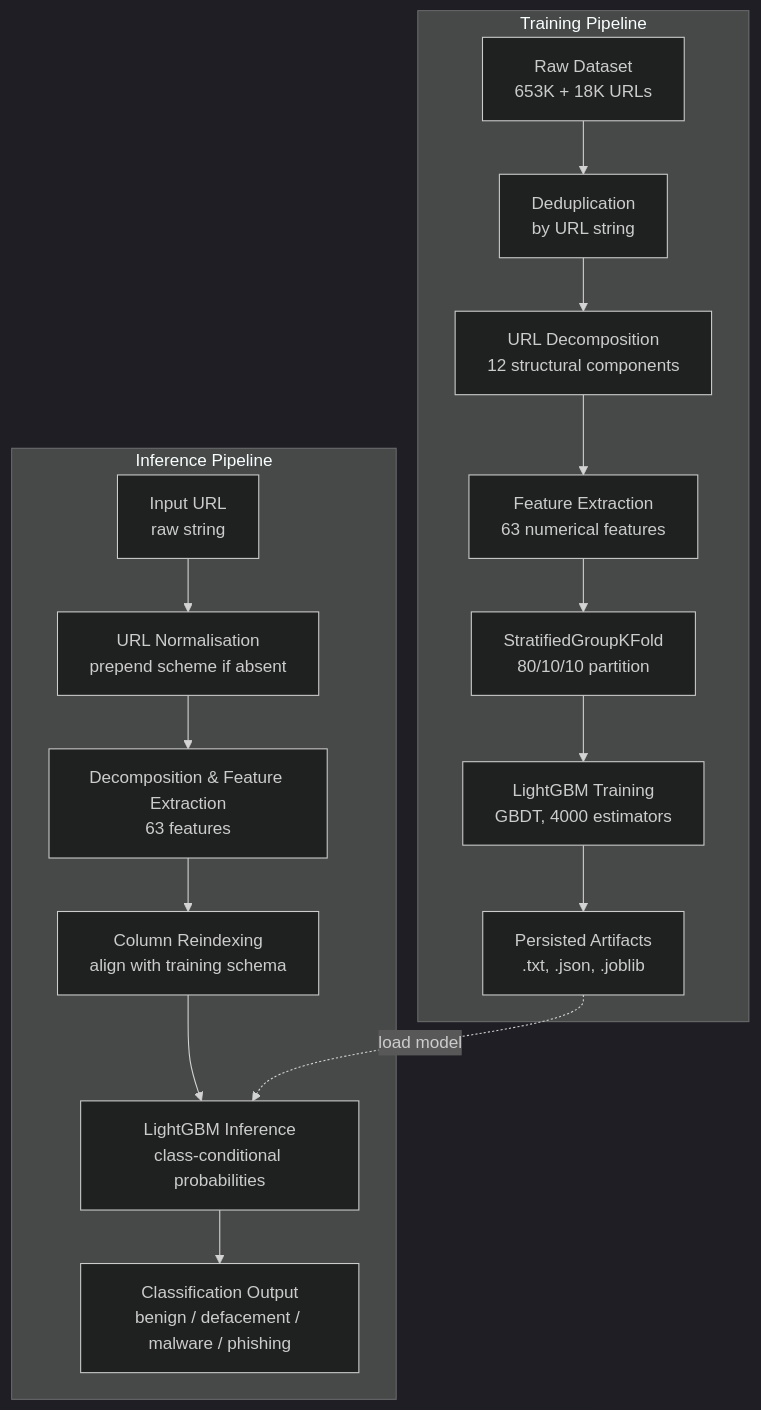
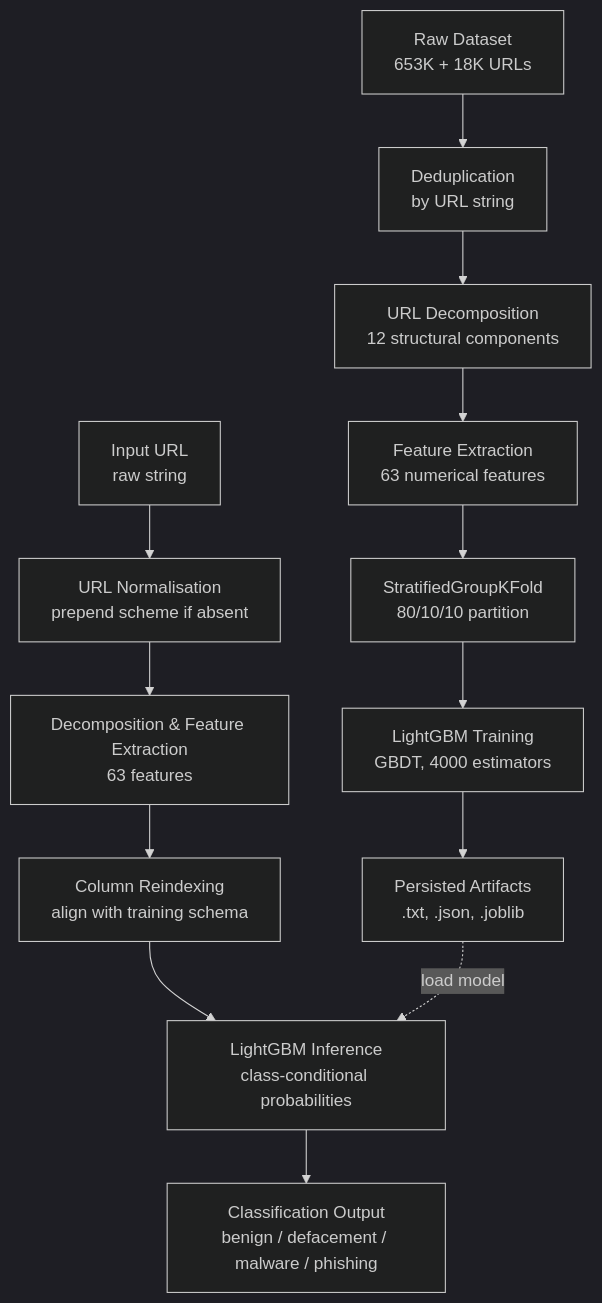
The diagram in MultiLabelClassification/README.md (trungdo2711/MLProject), drawn with Mermaid (dark theme) before and after one commit.

Commit message:
Remove subgraphs from Mermaid diagram

````diff
--- a/MultiLabelClassification/README.md
+++ b/MultiLabelClassification/README.md
@@ -84,21 +84,17 @@
 ```mermaid
 graph TD
-    subgraph Training Pipeline
-        T1[Raw Dataset<br>653K + 18K URLs] --> T2[Deduplication<br>by URL string]
-        T2 --> T3[URL Decomposition<br>12 structural components]
-        T3 --> T4[Feature Extraction<br>63 numerical features]
-        T4 --> T5[StratifiedGroupKFold<br>80/10/10 partition]
-        T5 --> T6[LightGBM Training<br>GBDT, 4000 estimators]
-        T6 --> T7[Persisted Artifacts<br>.txt, .json, .joblib]
-    end
+    T1[Raw Dataset<br>653K + 18K URLs] --> T2[Deduplication<br>by URL string]
+    T2 --> T3[URL Decomposition<br>12 structural components]
+    T3 --> T4[Feature Extraction<br>63 numerical features]
+    T4 --> T5[StratifiedGroupKFold<br>80/10/10 partition]
+    T5 --> T6[LightGBM Training<br>GBDT, 4000 estimators]
+    T6 --> T7[Persisted Artifacts<br>.txt, .json, .joblib]
 
-    subgraph Inference Pipeline
-        I1[Input URL<br>raw string] --> I2[URL Normalisation<br>prepend scheme if absent]
-        I2 --> I3[Decomposition & Feature Extraction<br>63 features]
-        I3 --> I4[Column Reindexing<br>align with training schema]
-        I4 --> I5[LightGBM Inference<br>class-conditional probabilities]
-        I5 --> I6[Classification Output<br>benign / defacement / malware / phishing]
-    end
+    I1[Input URL<br>raw string] --> I2[URL Normalisation<br>prepend scheme if absent]
+    I2 --> I3[Decomposition & Feature Extraction<br>63 features]
+    I3 --> I4[Column Reindexing<br>align with training schema]
+    I4 --> I5[LightGBM Inference<br>class-conditional probabilities]
+    I5 --> I6[Classification Output<br>benign / defacement / malware / phishing]
 
     T7 -. load model .-> I5
 ```
````
